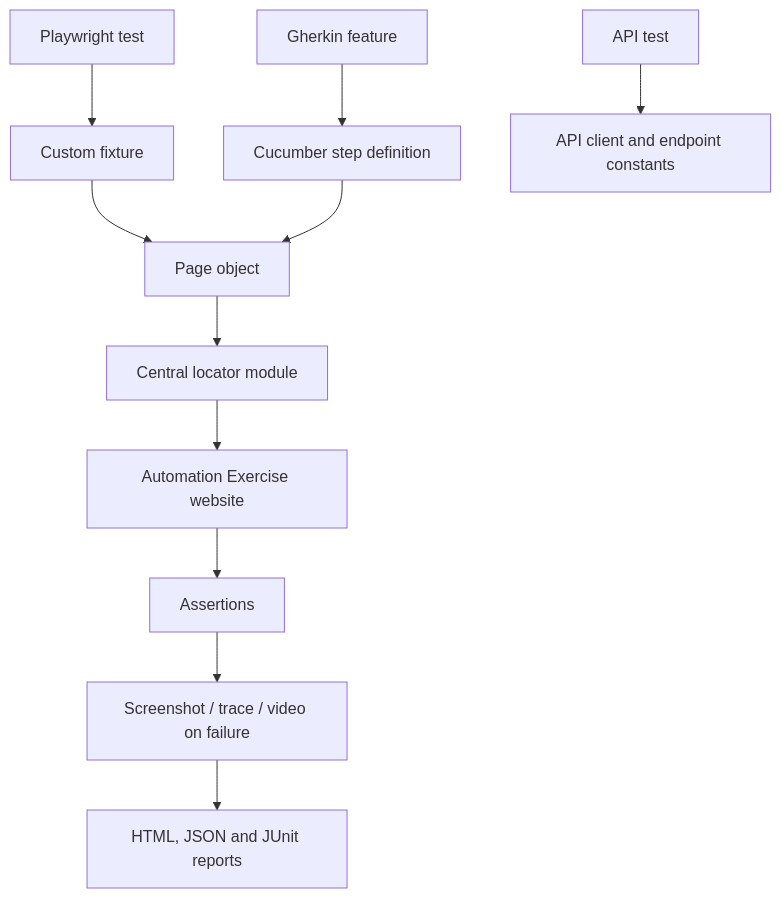
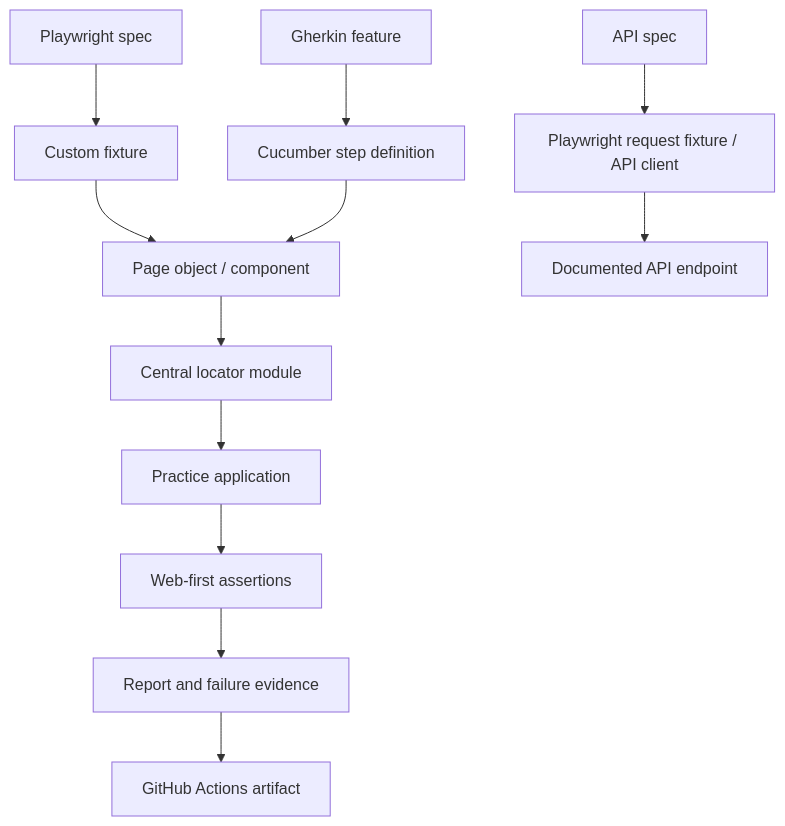
One commit to SanFlash/automationExercise changed the first of 2 diagrams in README.md. Above: the diagram before and after it, drawn with Mermaid. The commit also changed other lines of this file, not shown here.

Commit message:
docs: expand README into comprehensive automation engineering course

````diff
--- a/README.md
+++ b/README.md
@@ -47,13 +207,14 @@
 ```mermaid
 flowchart TD
-  A[Playwright test] --> B[Custom fixture]
-  B --> C[Page object]
+  A[Playwright spec] --> B[Custom fixture]
+  B --> C[Page object / component]
   C --> D[Central locator module]
-  D --> E[Automation Exercise website]
-  E --> F[Assertions]
-  F --> G[Screenshot / trace / video on failure]
-  G --> H[HTML, JSON and JUnit reports]
-  I[Gherkin feature] --> J[Cucumber step definition]
-  J --> C
-  K[API test] --> L[API client and endpoint constants]
+  D --> E[Practice application]
+  E --> F[Web-first assertions]
+  F --> G[Report and failure evidence]
+  H[Gherkin feature] --> I[Cucumber step definition]
+  I --> C
+  J[API spec] --> K[Playwright request fixture / API client]
+  K --> L[Documented API endpoint]
+  G --> M[GitHub Actions artifact]
 ```
````
